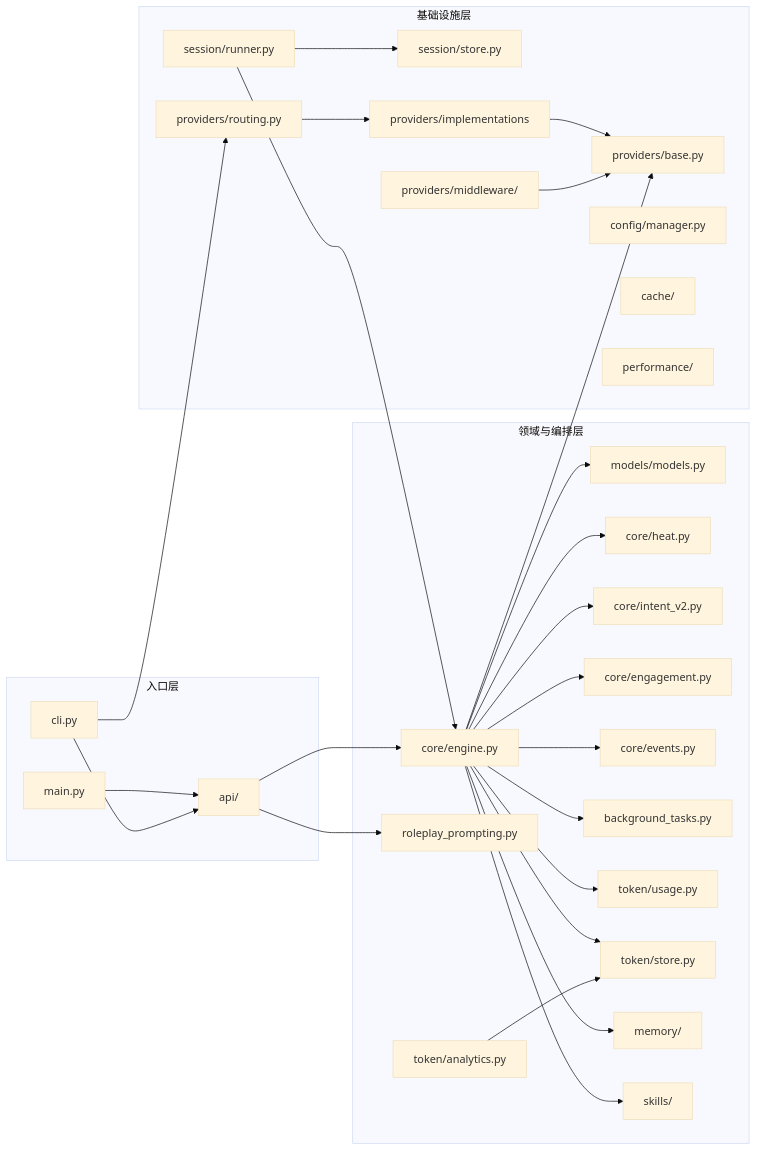
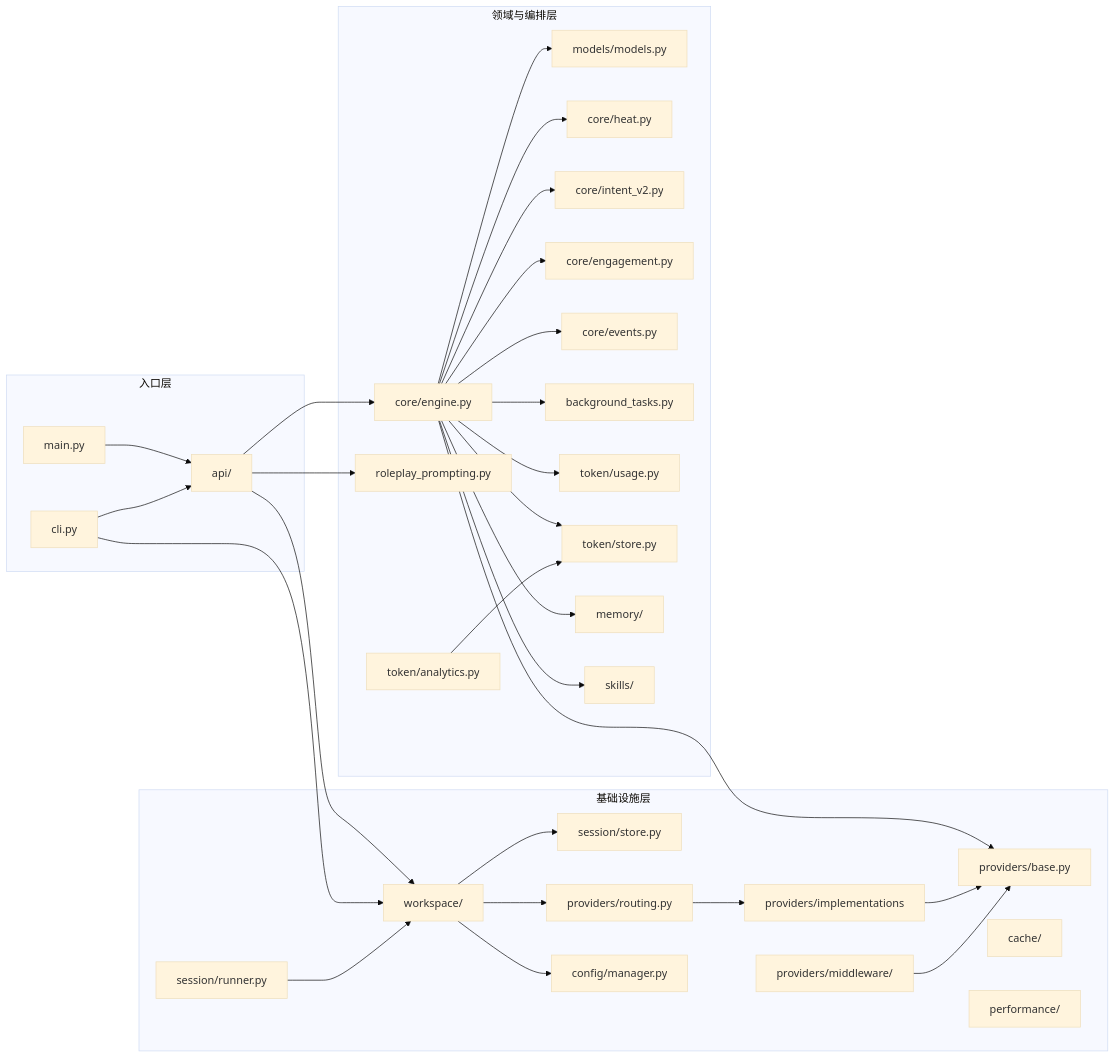
One commit to Sparrived/SiriusChat changed the second of 3 diagrams in docs/full-architecture-flow.md. Above: the diagram before and after it, drawn with Mermaid (base theme). The commit also changed other lines of this file and 45 other files, not shown here.

````diff
--- a/docs/full-architecture-flow.md
+++ b/docs/full-architecture-flow.md
@@ -54,59 +54,63 @@
 ```mermaid
 flowchart LR
     subgraph Entry[入口层]
       CLI[cli.py]
       PublicAPI[api/]
       Main[main.py]
     end
 
     subgraph Domain[领域与编排层]
       Models[models/models.py]
       Engine[core/engine.py]
       Heat[core/heat.py]
       IntentV2[core/intent_v2.py]
       Engagement[core/engagement.py]
       Events[core/events.py]
       Prompting[roleplay_prompting.py]
       BgTasks[background_tasks.py]
       TokenUsage[token/usage.py]
       TokenStore[token/store.py]
       TokenAnalytics[token/analytics.py]
       Memory[memory/]
       Skills[skills/]
     end
 
     subgraph Infra[基础设施层]
+      Workspace[workspace/]
       SessionStore[session/store.py]
       SessionRunner[session/runner.py]
       Routing[providers/routing.py]
       ProviderBase[providers/base.py]
       Middleware["providers/middleware/"]
       ProviderImpl[providers/implementations]
       ConfigMgr[config/manager.py]
       Cache[cache/]
       Perf[performance/]
     end
 
     Main --> PublicAPI
     CLI --> PublicAPI
     PublicAPI --> Engine
+    PublicAPI --> Workspace
     PublicAPI --> Prompting
+    Workspace --> ConfigMgr
+    Workspace --> SessionStore
+    Workspace --> Routing
     Engine --> Models
     Engine --> Memory
     Engine --> Heat
     Engine --> IntentV2
     Engine --> Engagement
     Engine --> Events
     Engine --> BgTasks
     Engine --> TokenUsage
     Engine --> TokenStore
     TokenAnalytics --> TokenStore
     Engine --> ProviderBase
     Engine --> Skills
     Routing --> ProviderImpl
     ProviderImpl --> ProviderBase
     Middleware --> ProviderBase
-    CLI --> Routing
-    SessionRunner --> Engine
-    SessionRunner --> SessionStore
+    CLI --> Workspace
+    SessionRunner --> Workspace
 ```
````
